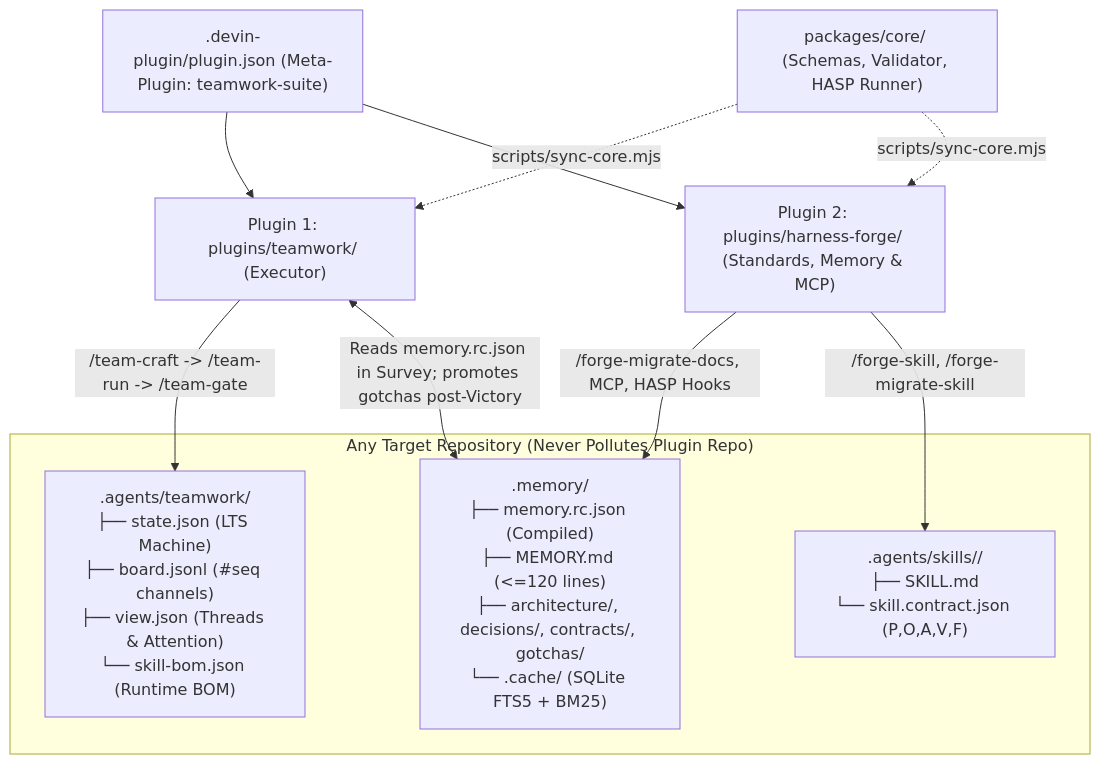
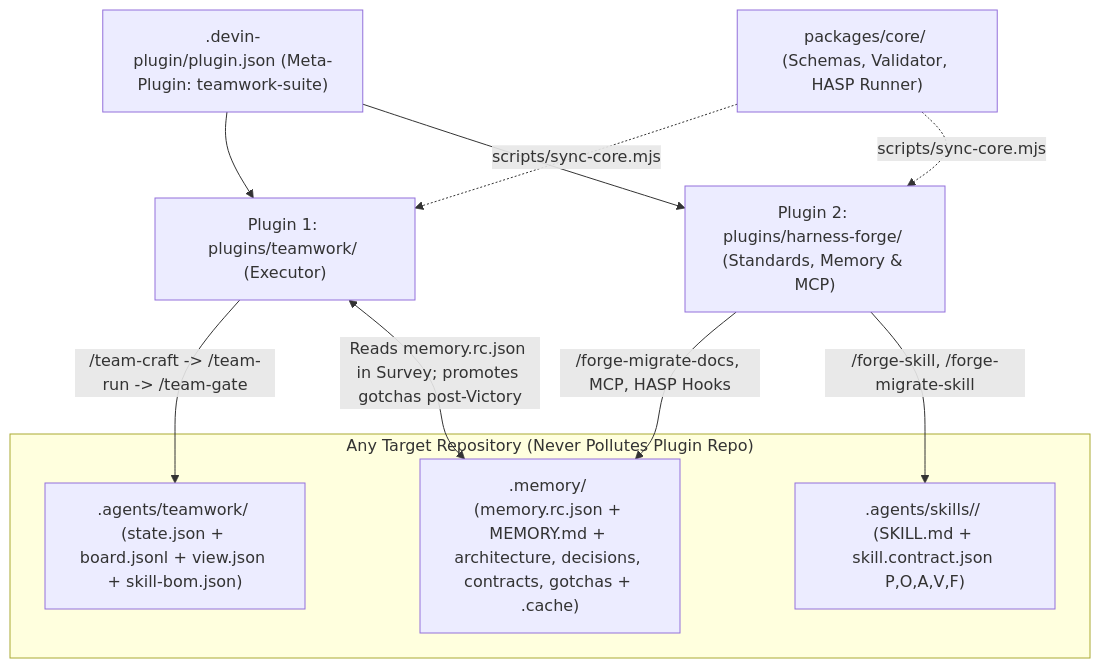
The first of 4 diagrams in README.md (matheuslessing/team-work-plugin), drawn with Mermaid before and after one commit. The commit also changed other lines of this file, not shown here.

Commit message:
docs(readme): add end-to-end teamwork, harness-forge, and integrated flowcharts

````diff
--- a/README.md
+++ b/README.md
@@ -11,18 +11,18 @@
 ```mermaid
 flowchart TD
     Root[".devin-plugin/plugin.json (Meta-Plugin: teamwork-suite)"] --> P1["Plugin 1: plugins/teamwork/ (Executor)"]
     Root --> P2["Plugin 2: plugins/harness-forge/ (Standards, Memory & MCP)"]
     Core["packages/core/ (Schemas, Validator, HASP Runner)"] -. "scripts/sync-core.mjs" .-> P1
     Core -. "scripts/sync-core.mjs" .-> P2
 
     subgraph TargetRepo["Any Target Repository (Never Pollutes Plugin Repo)"]
-        Mem[".memory/<br/>├── memory.rc.json (Compiled)<br/>├── MEMORY.md (<=120 lines)<br/>├── architecture/, decisions/, contracts/, gotchas/<br/>└── .cache/ (SQLite FTS5 + BM25)"]
-        Skills[".agents/skills/<name>/<br/>├── SKILL.md<br/>└── skill.contract.json (P,O,A,V,F)"]
-        Work[".agents/teamwork/<br/>├── state.json (LTS Machine)<br/>├── board.jsonl (#seq channels)<br/>├── view.json (Threads & Attention)<br/>└── skill-bom.json (Runtime BOM)"]
+        Mem[".memory/ (memory.rc.json + MEMORY.md + architecture, decisions, contracts, gotchas + .cache)"]
+        Skills[".agents/skills/<name>/ (SKILL.md + skill.contract.json P,O,A,V,F)"]
+        Work[".agents/teamwork/ (state.json + board.jsonl + view.json + skill-bom.json)"]
     end
 
     P2 -- "/forge-migrate-docs, MCP, HASP Hooks" --> Mem
     P2 -- "/forge-skill, /forge-migrate-skill" --> Skills
     P1 -- "/team-craft -> /team-run -> /team-gate" --> Work
     P1 <-- "Reads memory.rc.json in Survey; promotes gotchas post-Victory" --> Mem
 ```
````
